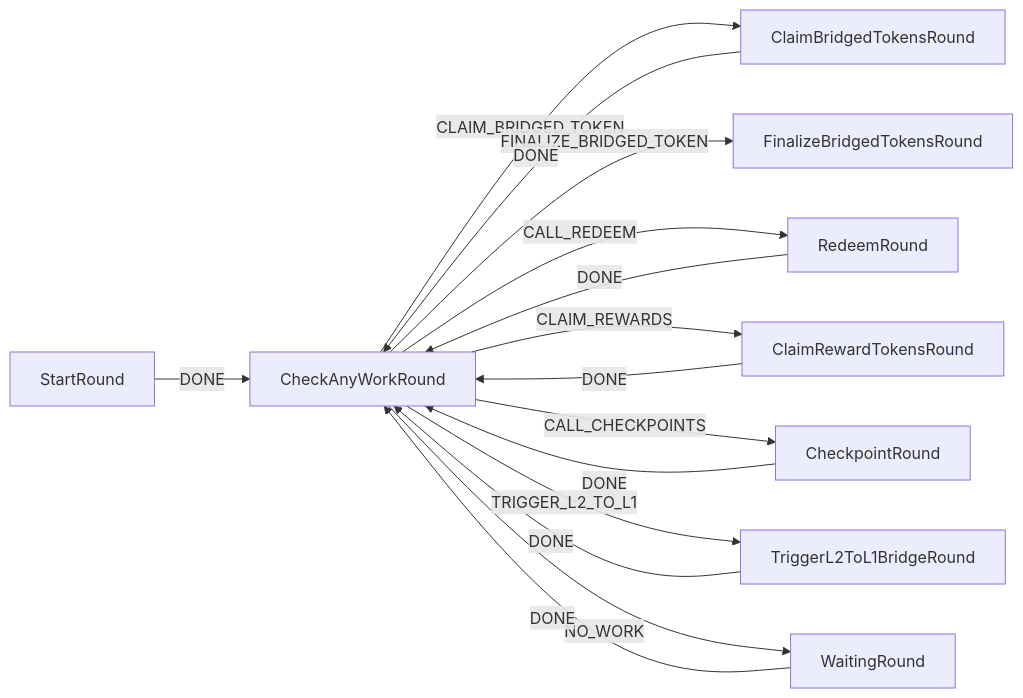
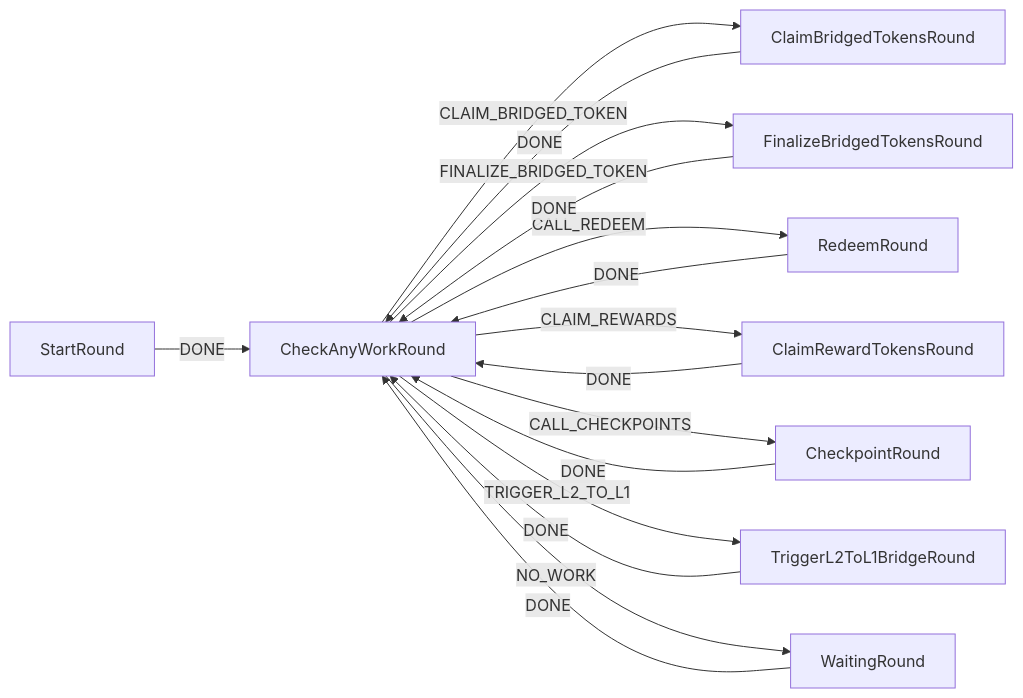
The diagram in doc/agent-workflow.md (kupermind/olas-lst), drawn with Mermaid before and after one commit.

Commit message:
doc: adding to mermaid

````diff
--- a/doc/agent-workflow.md
+++ b/doc/agent-workflow.md
@@ -8,23 +8,24 @@
 ```mermaid
 graph LR
   StartRound
   CheckAnyWorkRound
   WaitingRound
 
   StartRound-->|DONE|CheckAnyWorkRound
   CheckAnyWorkRound-->|CLAIM_BRIDGED_TOKEN|ClaimBridgedTokensRound
   CheckAnyWorkRound-->|FINALIZE_BRIDGED_TOKEN|FinalizeBridgedTokensRound
   CheckAnyWorkRound-->|CALL_REDEEM|RedeemRound
   CheckAnyWorkRound-->|CLAIM_REWARDS|ClaimRewardTokensRound
   CheckAnyWorkRound-->|CALL_CHECKPOINTS|CheckpointRound 
   CheckAnyWorkRound-->|TRIGGER_L2_TO_L1|TriggerL2ToL1BridgeRound
   CheckAnyWorkRound-->|NO_WORK|WaitingRound
   
 
   ClaimRewardTokensRound-->|DONE|CheckAnyWorkRound
+  FinalizeBridgedTokensRound-->|DONE|CheckAnyWorkRound
   ClaimBridgedTokensRound-->|DONE|CheckAnyWorkRound
   TriggerL2ToL1BridgeRound-->|DONE|CheckAnyWorkRound
   CheckpointRound-->|DONE|CheckAnyWorkRound
   RedeemRound-->|DONE|CheckAnyWorkRound
   WaitingRound-->|DONE|CheckAnyWorkRound
 ```
````
